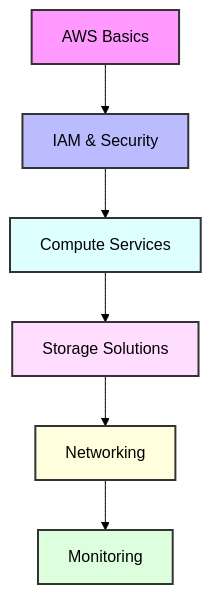
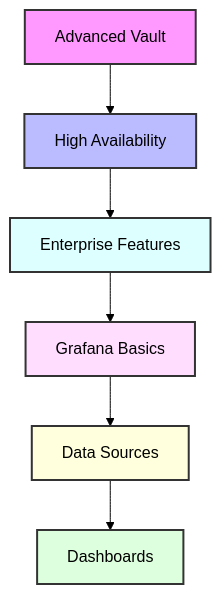
The diagram in days/day-09/README.md (dbsectrainer/devOps_tools), drawn with Mermaid (forest theme) before and after one commit. The commit also changed other lines of this file and 35 other files, not shown here.

````diff
--- a/days/day-09/README.md
+++ b/days/day-09/README.md
@@ -6,15 +8,15 @@
 ```mermaid
 graph TD
-    A[AWS Basics] --> B[IAM & Security]
-    B --> C[Compute Services]
-    C --> D[Storage Solutions]
-    D --> E[Networking]
-    E --> F[Monitoring]
+    A[Advanced Vault] --> B[High Availability]
+    B --> C[Enterprise Features]
+    C --> D[Grafana Basics]
+    D --> E[Data Sources]
+    E --> F[Dashboards]
 
     style A fill:#f9f,stroke:#333,stroke-width:2px
     style B fill:#bbf,stroke:#333,stroke-width:2px
     style C fill:#dff,stroke:#333,stroke-width:2px
     style D fill:#fdf,stroke:#333,stroke-width:2px
     style E fill:#ffd,stroke:#333,stroke-width:2px
     style F fill:#dfd,stroke:#333,stroke-width:2px
 ```
````
